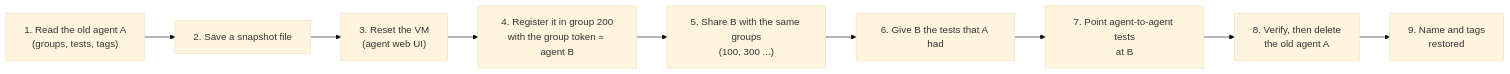
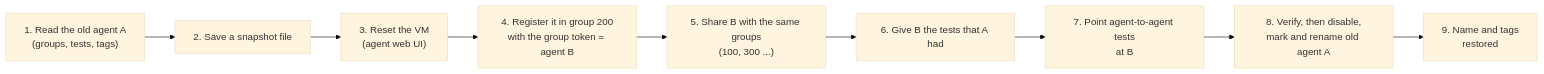
Before and after one commit to miherna2/te_ea_account_transfer: the first of 5 diagrams in TE_AGENT_MIGRATE_MINIMAL_REQUIREMENTS/README.md, drawn with Mermaid (base theme). The commit also changed other lines of this file and 6 other files, not shown here.

````diff
--- a/TE_AGENT_MIGRATE_MINIMAL_REQUIREMENTS/README.md
+++ b/TE_AGENT_MIGRATE_MINIMAL_REQUIREMENTS/README.md
@@ -61,11 +66,11 @@
 ```mermaid
 flowchart LR
     A["1. Read the old agent A<br/>(groups, tests, tags)"] --> B["2. Save a snapshot file"]
     B --> C["3. Reset the VM<br/>(agent web UI)"]
     C --> D["4. Register it in group 200<br/>with the group token = agent B"]
     D --> E["5. Share B with the same groups<br/>(100, 300 ...)"]
     E --> F["6. Give B the tests that A had"]
     F --> G["7. Point agent-to-agent tests<br/>at B"]
-    G --> H["8. Verify, then delete<br/>the old agent A"]
+    G --> H["8. Verify, then disable,<br/>mark and rename old agent A"]
     H --> I["9. Name and tags<br/>restored"]
 ```
````
